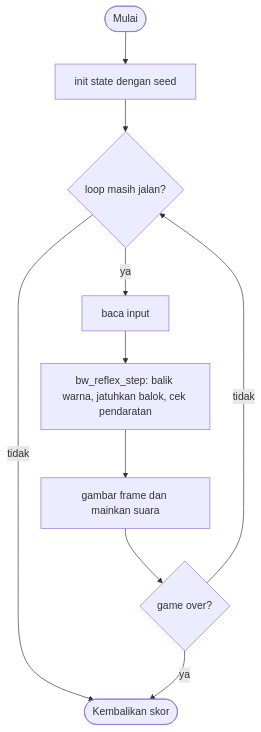
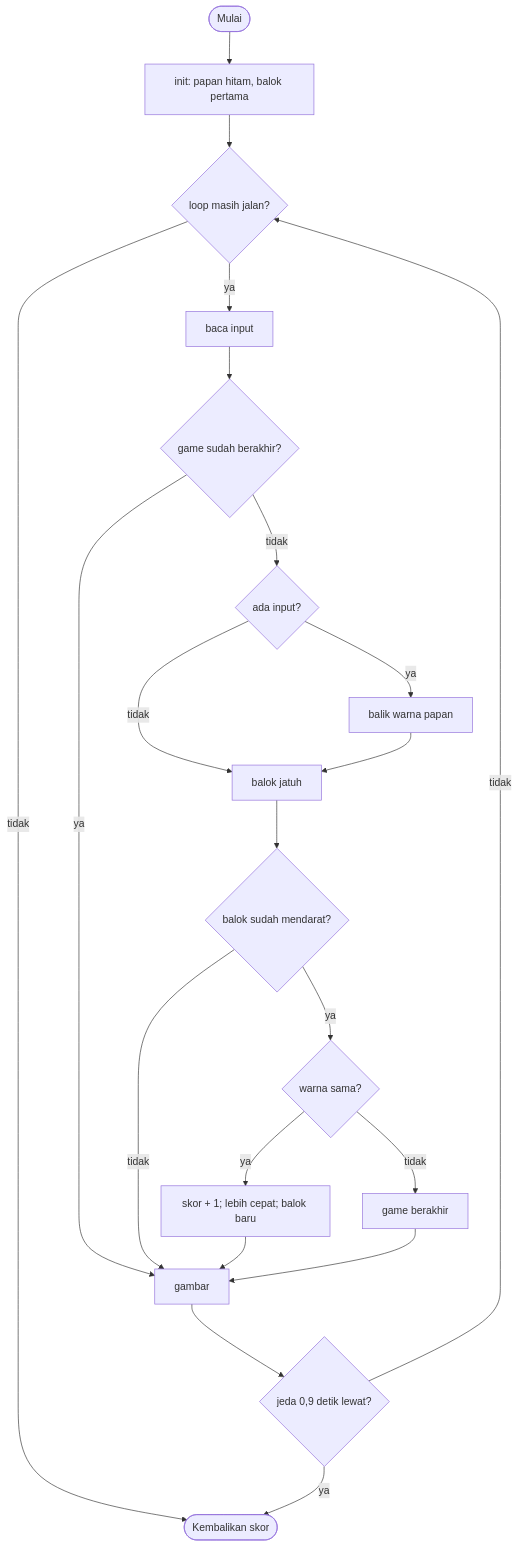
Before and after one commit to zaxx-q/arCade: the diagram in deferred/bw_reflex/GAME.md, drawn with Mermaid. The commit also changed other lines of this file and 3 other files, not shown here.

````diff
--- a/deferred/bw_reflex/GAME.md
+++ b/deferred/bw_reflex/GAME.md
@@ -133,12 +163,20 @@
 ```mermaid
 flowchart TD
-    A([Mulai]) --> B["init state dengan seed"]
+    A([Mulai]) --> B["init: papan hitam, balok pertama"]
     B --> C{"loop masih jalan?"}
     C -- tidak --> Z([Kembalikan skor])
     C -- ya --> D[baca input]
-    D --> E["bw_reflex_step: balik warna, jatuhkan balok, cek pendaratan"]
-    E --> F[gambar frame dan mainkan suara]
-    F --> G{"game over?"}
-    G -- tidak --> C
-    G -- ya --> Z
+    D --> E{"game sudah berakhir?"}
+    E -- ya --> L[gambar] --> M{"jeda 0,9 detik lewat?"}
+    M -- ya --> Z
+    M -- tidak --> C
+    E -- tidak --> F{"ada input?"}
+    F -- ya --> G[balik warna papan]
+    F -- tidak --> H[balok jatuh]
+    G --> H
+    H --> I{"balok sudah mendarat?"}
+    I -- tidak --> L
+    I -- ya --> J{"warna sama?"}
+    J -- ya --> K["skor + 1; lebih cepat; balok baru"] --> L
+    J -- tidak --> N[game berakhir] --> L
 ```
````
